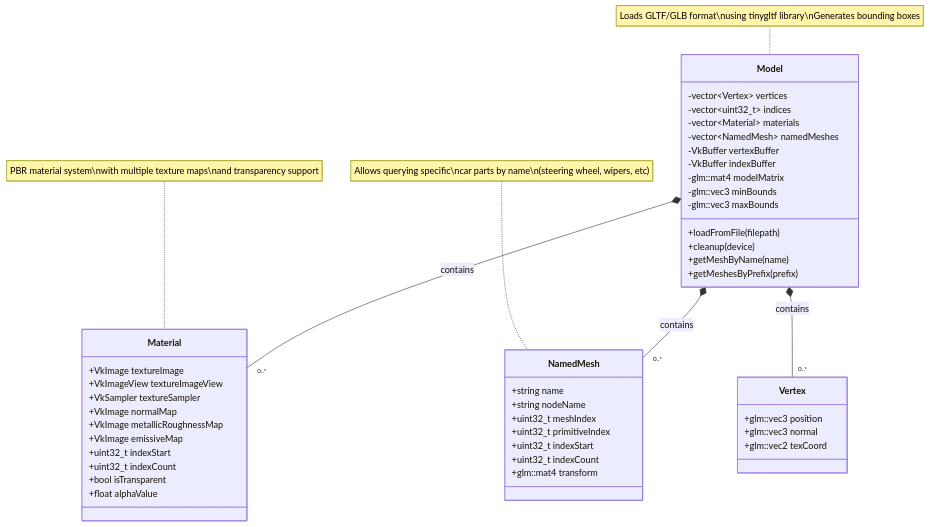
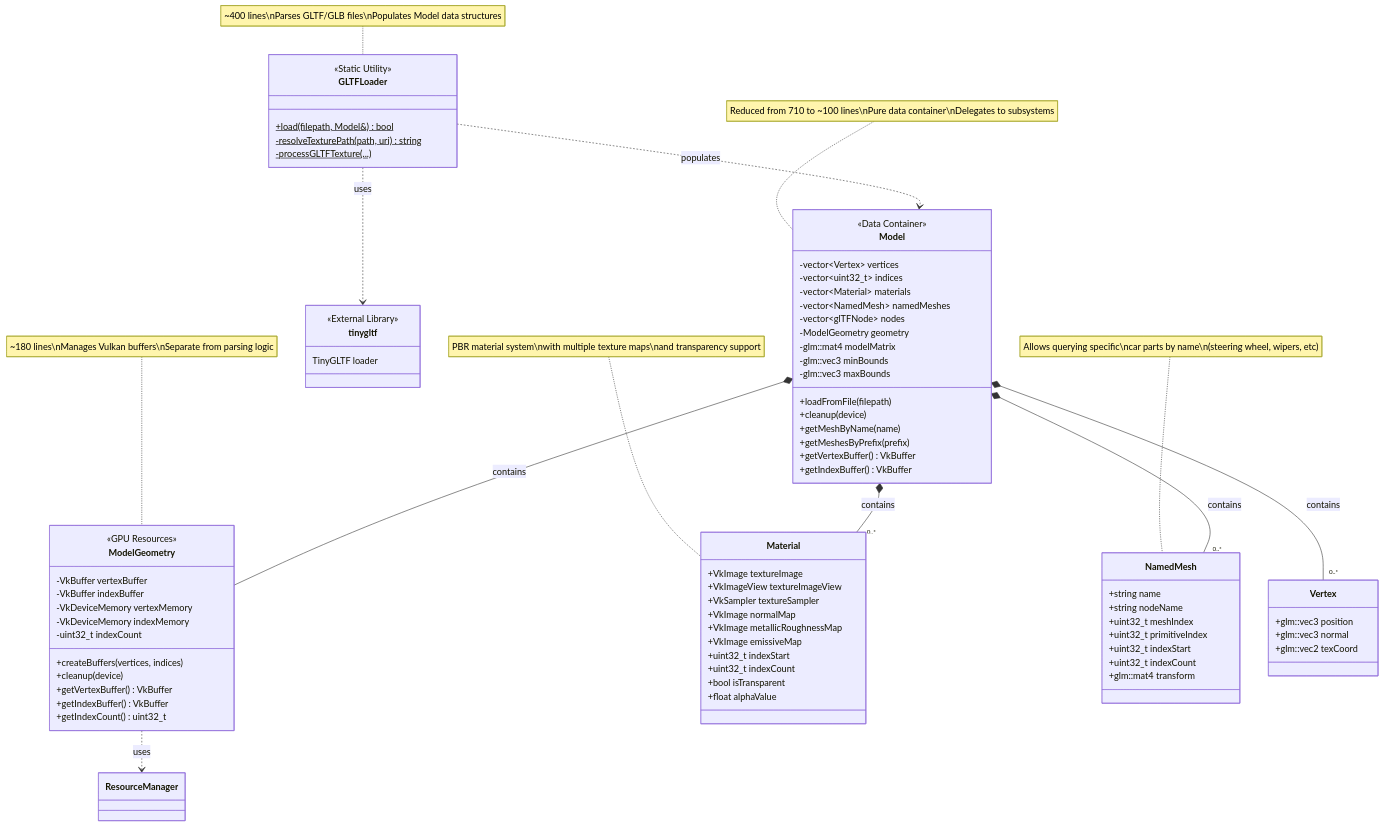
One commit to segfal/DownPour changed the seventh of 8 diagrams in ARCHITECTURE.md. Above: the diagram before and after it, drawn with Mermaid. The commit also changed other lines of this file and 53 other files, not shown here.

````diff
--- a/ARCHITECTURE.md
+++ b/ARCHITECTURE.md
@@ -386,12 +434,13 @@
 ```mermaid
 classDiagram
     class Model {
+        <<Data Container>>
         -vector~Vertex~ vertices
         -vector~uint32_t~ indices
         -vector~Material~ materials
         -vector~NamedMesh~ namedMeshes
-        -VkBuffer vertexBuffer
-        -VkBuffer indexBuffer
+        -vector~glTFNode~ nodes
+        -ModelGeometry geometry
         -glm::mat4 modelMatrix
         -glm::vec3 minBounds
         -glm::vec3 maxBounds
@@ -399,8 +448,31 @@
         +cleanup(device)
         +getMeshByName(name)
         +getMeshesByPrefix(prefix)
+        +getVertexBuffer() VkBuffer
+        +getIndexBuffer() VkBuffer
     }
-    
+
+    class GLTFLoader {
+        <<Static Utility>>
+        +load(filepath, Model&) bool$
+        -resolveTexturePath(path, uri) string$
+        -processGLTFTexture(...)$
+    }
+
+    class ModelGeometry {
+        <<GPU Resources>>
+        -VkBuffer vertexBuffer
+        -VkBuffer indexBuffer
+        -VkDeviceMemory vertexMemory
+        -VkDeviceMemory indexMemory
+        -uint32_t indexCount
+        +createBuffers(vertices, indices)
+        +cleanup(device)
+        +getVertexBuffer() VkBuffer
+        +getIndexBuffer() VkBuffer
+        +getIndexCount() uint32_t
+    }
+
     class Material {
         +VkImage textureImage
         +VkImageView textureImageView
@@ -413,7 +485,7 @@
         +bool isTransparent
         +float alphaValue
     }
-    
+
     class NamedMesh {
         +string name
         +string nodeName
@@ -423,20 +495,33 @@
         +uint32_t indexCount
         +glm::mat4 transform
     }
-    
+
     class Vertex {
         +glm::vec3 position
         +glm::vec3 normal
         +glm::vec2 texCoord
     }
-    
+
+    class tinygltf {
+        <<External Library>>
+        TinyGLTF loader
+    }
+
+    Model *-- ModelGeometry: contains
     Model *-- "0..*" Material: contains
     Model *-- "0..*" NamedMesh: contains
     Model *-- "0..*" Vertex: contains
-    
+    GLTFLoader ..> Model: populates
+    GLTFLoader ..> tinygltf: uses
+    ModelGeometry ..> ResourceManager: uses
+
+    note for Model "Reduced from 710 to ~100 lines\nPure data container\nDelegates to subsystems"
+
+    note for GLTFLoader "~400 lines\nParses GLTF/GLB files\nPopulates Model data structures"
+
+    note for ModelGeometry "~180 lines\nManages Vulkan buffers\nSeparate from parsing logic"
+
     note for Material "PBR material system\nwith multiple texture maps\nand transparency support"
-    
+
     note for NamedMesh "Allows querying specific\ncar parts by name\n(steering wheel, wipers, etc)"
-    
-    note for Model "Loads GLTF/GLB format\nusing tinygltf library\nGenerates bounding boxes"
 ```
````
